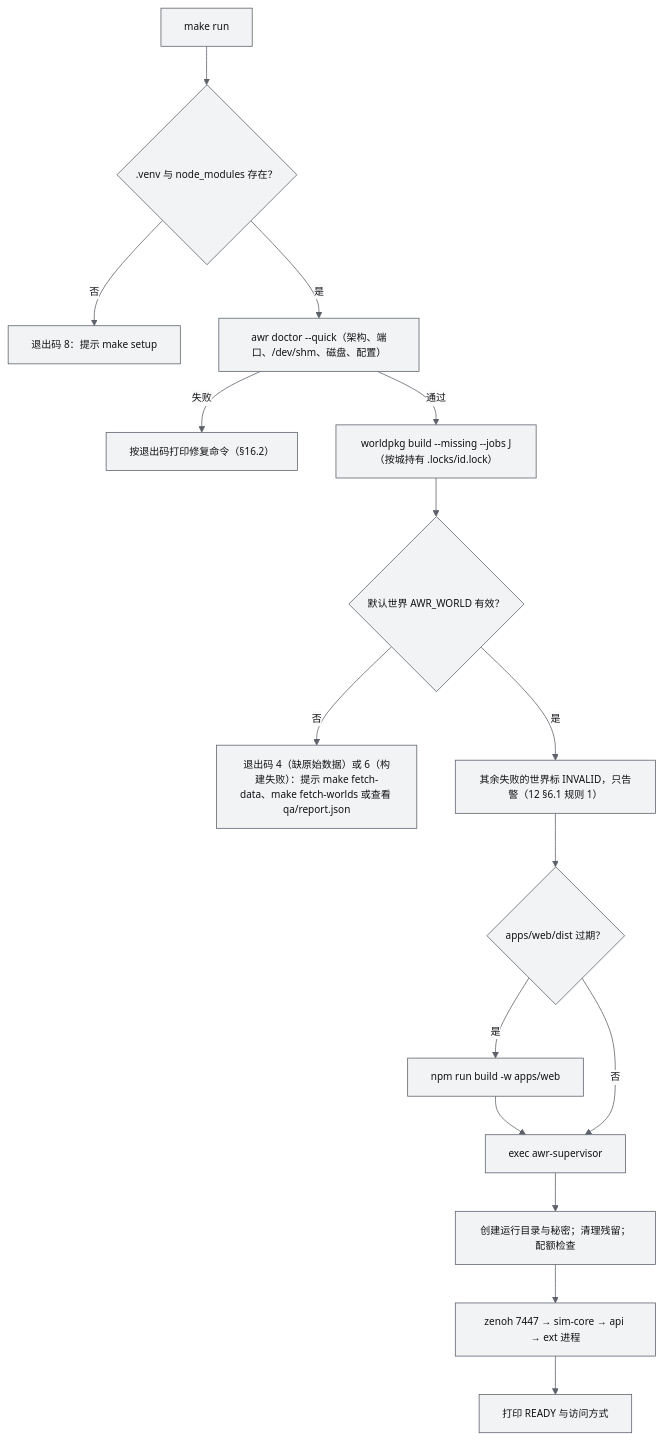
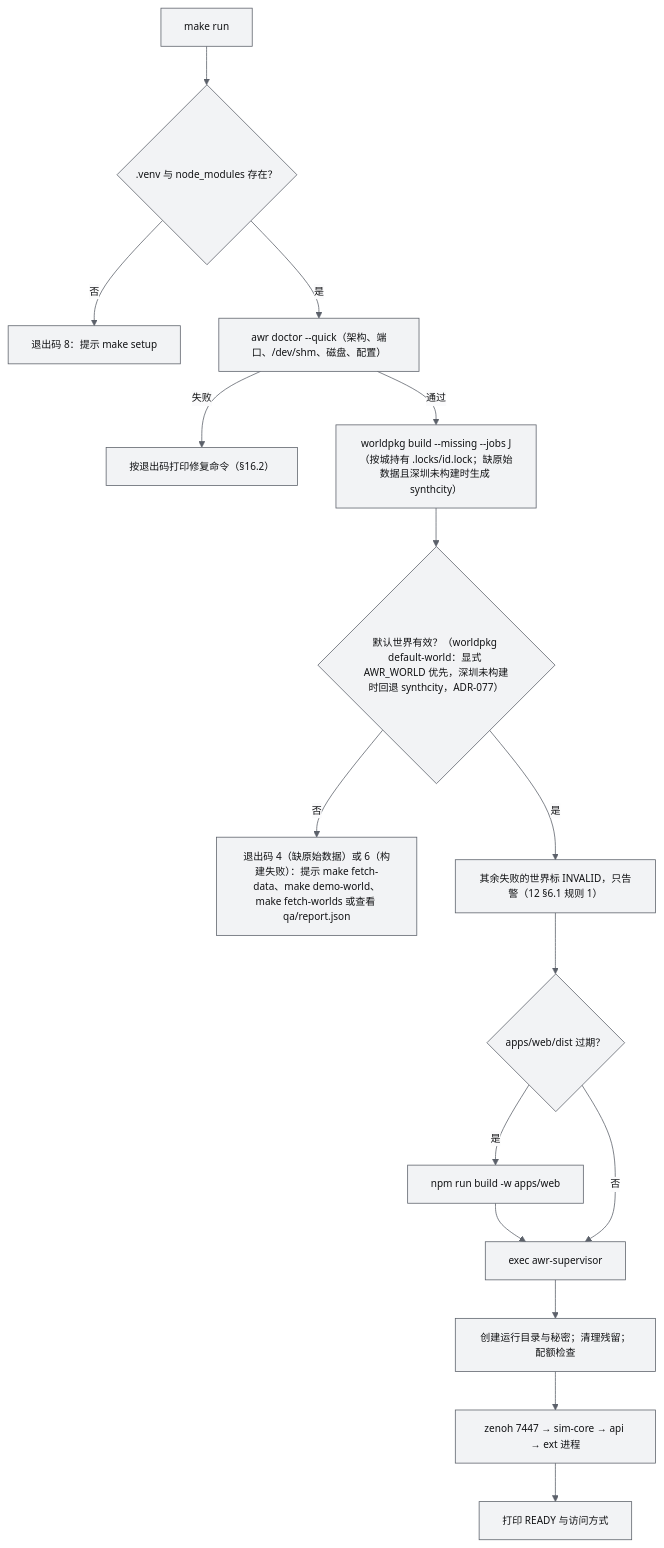
Before and after one commit to ANetResearch/ANet-Drone4D: the seventh of 13 diagrams in docs/19-部署与运维说明书.md, drawn with Mermaid. The commit also changed other lines of this file and 91 other files, not shown here.

Commit message:
docs: README v2 with real synthetic-city screenshots and demo animation, ADR-069 to ADR-078, acceptance rounds 4-5

````diff
--- a/docs/19-部署与运维说明书.md
+++ b/docs/19-部署与运维说明书.md
@@ -409,18 +410,18 @@
 ```mermaid
 %%{init: {"theme": "base", "themeVariables": {"fontFamily": "Inter, PingFang SC, Microsoft YaHei, Noto Sans CJK SC, sans-serif", "fontSize": "13px", "background": "#FBFBFC", "primaryColor": "#F2F3F5", "primaryTextColor": "#111214", "primaryBorderColor": "#5C616A", "secondaryColor": "#E4E6E9", "tertiaryColor": "#FBFBFC", "lineColor": "#5C616A", "textColor": "#111214", "mainBkg": "#F2F3F5", "nodeBorder": "#5C616A", "clusterBkg": "#FBFBFC", "clusterBorder": "#A7ABB3", "edgeLabelBackground": "#FBFBFC", "noteBkgColor": "#E4E6E9", "noteTextColor": "#111214", "noteBorderColor": "#81868F"}}}%%
 flowchart TD
   A["make run"] --> B{".venv 与 node_modules 存在？"}
   B -- 否 --> B1["退出码 8：提示 make setup"]
   B -- 是 --> C["awr doctor --quick（架构、端口、/dev/shm、磁盘、配置）"]
   C -- 失败 --> C1["按退出码打印修复命令（§16.2）"]
-  C -- 通过 --> E["worldpkg build --missing --jobs J（按城持有 .locks/id.lock）"]
-  E --> D{"默认世界 AWR_WORLD 有效？"}
-  D -- 否 --> D2["退出码 4（缺原始数据）或 6（构建失败）：提示 make fetch-data、make fetch-worlds 或查看 qa/report.json"]
+  C -- 通过 --> E["worldpkg build --missing --jobs J（按城持有 .locks/id.lock；缺原始数据且深圳未构建时生成 synthcity）"]
+  E --> D{"默认世界有效？（worldpkg default-world：显式 AWR_WORLD 优先，深圳未构建时回退 synthcity，ADR-077）"}
+  D -- 否 --> D2["退出码 4（缺原始数据）或 6（构建失败）：提示 make fetch-data、make demo-world、make fetch-worlds 或查看 qa/report.json"]
   D -- 是 --> D1["其余失败的世界标 INVALID，只告警（12 §6.1 规则 1）"]
   D1 --> F{"apps/web/dist 过期？"}
   F -- 是 --> F1["npm run build -w apps/web"] --> G
   F -- 否 --> G["exec awr-supervisor"]
   G --> H["创建运行目录与秘密；清理残留；配额检查"]
   H --> I["zenoh 7447 → sim-core → api → ext 进程"]
   I --> J["打印 READY 与访问方式"]
 ```
````
